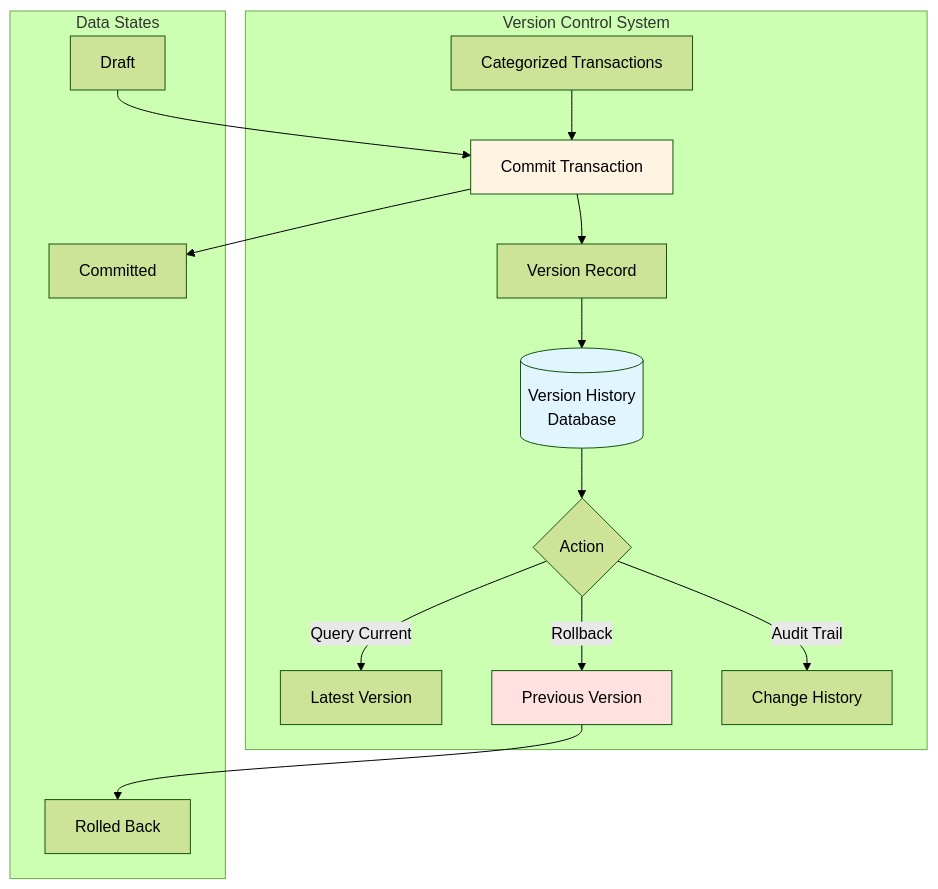
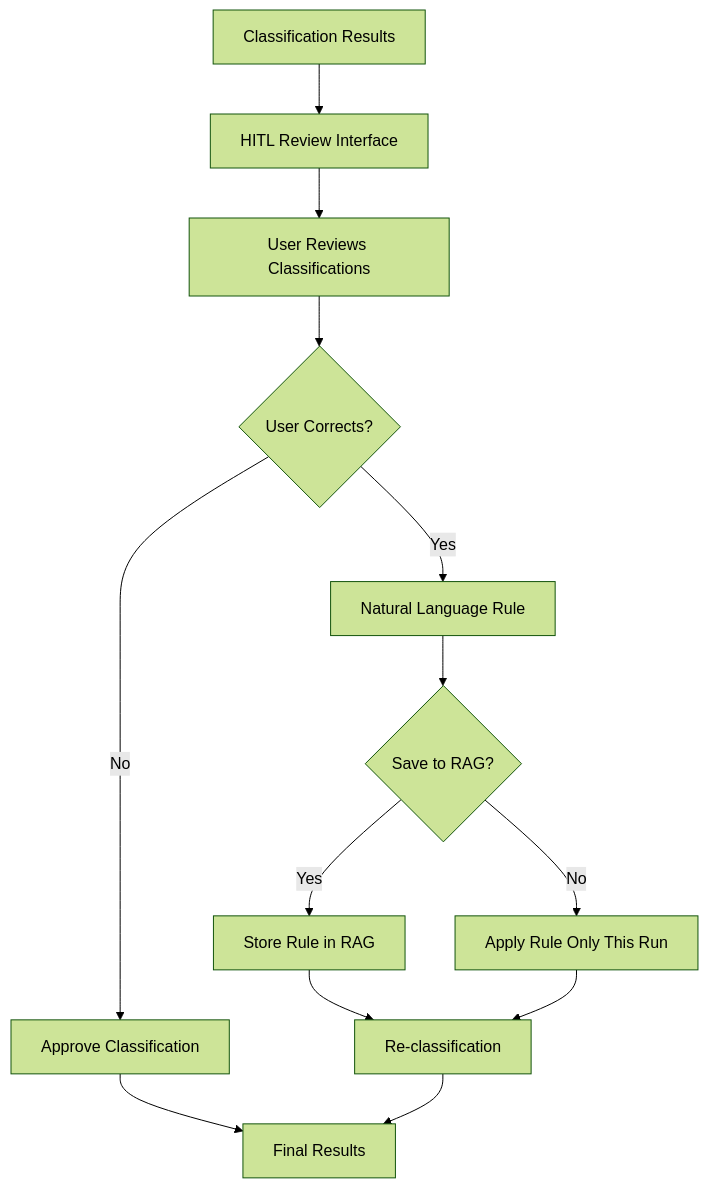
One commit to prince1823/colab91-ap-agent changed diagram 11 of 11 in docs/architecture.md. Above: the diagram before and after it, drawn with Mermaid (forest theme). The commit also changed other lines of this file and 1 other file, not shown here.

````diff
--- a/docs/architecture.md
+++ b/docs/architecture.md
@@ -820,27 +345,15 @@
 ```mermaid
 flowchart TB
-    subgraph "Version Control System"
-        A[Categorized Transactions] --> B[Commit Transaction]
-        B --> C[Version Record]
-        C --> D[(Version History<br/>Database)]
-        
-        D --> E{Action}
-        E -->|Query Current| F[Latest Version]
-        E -->|Rollback| G[Previous Version]
-        E -->|Audit Trail| H[Change History]
-    end
-    
-    subgraph "Data States"
-        I[Draft]
-        J[Committed]
-        K[Rolled Back]
-    end
-    
-    I --> B
-    B --> J
-    G --> K
-    
-    style B fill:#fff4e1
-    style D fill:#e1f5ff
-    style G fill:#ffe1e1
+    A[Classification Results] --> B[HITL Review Interface]
+    B --> C[User Reviews Classifications]
+    C --> D{User Corrects?}
+    D -->|Yes| E[Natural Language Rule]
+    D -->|No| F[Approve Classification]
+    E --> G{Save to RAG?}
+    G -->|Yes| H[Store Rule in RAG]
+    G -->|No| I[Apply Rule Only This Run]
+    H --> K[Re-classification]
+    I --> K
+    F --> J[Final Results]
+    K --> J
 ```
````
